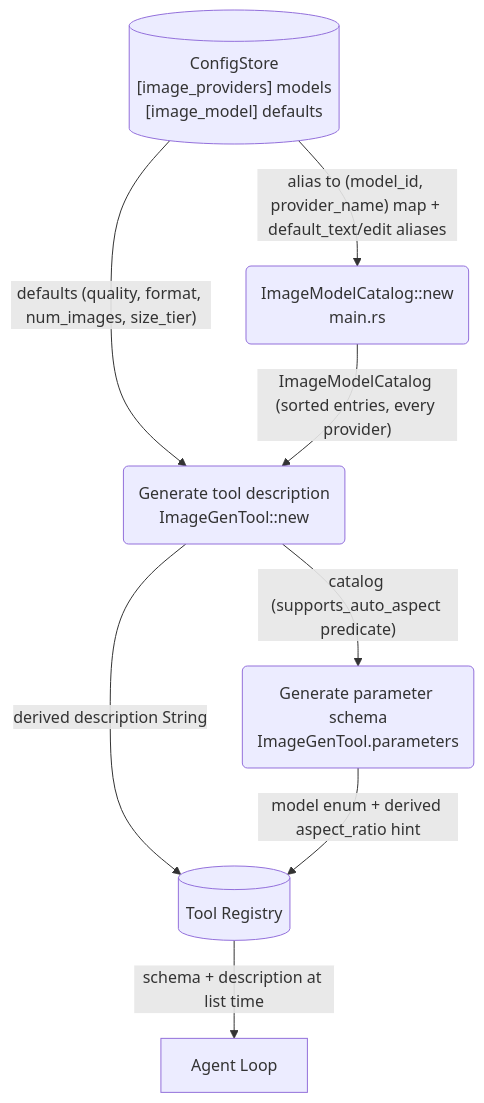
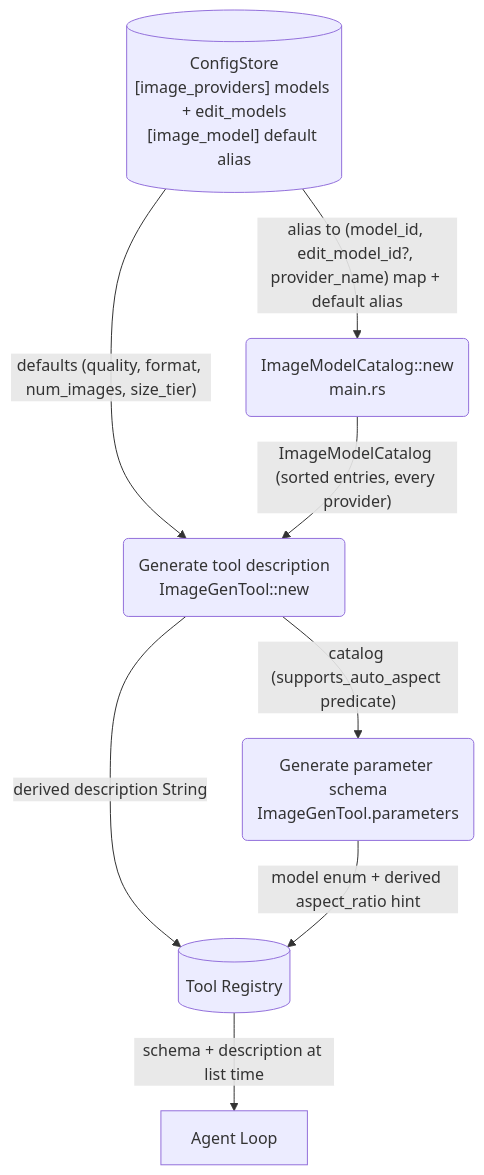
One commit to cosmoswafer/rockbot changed the diagram in _dfd/tools/image-gen/level-2/tool-description.md. Above: the diagram before and after it, drawn with Mermaid. The commit also changed other lines of this file and 19 other files, not shown here.

````diff
--- a/_dfd/tools/image-gen/level-2/tool-description.md
+++ b/_dfd/tools/image-gen/level-2/tool-description.md
@@ -14,17 +14,17 @@
 ```mermaid
 flowchart TD
-    CFG[("ConfigStore<br/>[image_providers] models<br/>[image_model] defaults")]
+    CFG[("ConfigStore<br/>[image_providers] models + edit_models<br/>[image_model] default alias")]
     BUILD(ImageModelCatalog::new<br/>main.rs)
     GEN_DESC(Generate tool description<br/>ImageGenTool::new)
     GEN_SCHEMA(Generate parameter schema<br/>ImageGenTool.parameters)
     REG[(Tool Registry)]
     LOOP[Agent Loop]
 
-    CFG -->|"alias to (model_id, provider_name) map + default_text/edit aliases"| BUILD
+    CFG -->|"alias to (model_id, edit_model_id?, provider_name) map + default alias"| BUILD
     CFG -->|"defaults (quality, format, num_images, size_tier)"| GEN_DESC
     BUILD -->|"ImageModelCatalog (sorted entries, every provider)"| GEN_DESC
     GEN_DESC -->|"derived description String"| REG
     GEN_DESC -->|"catalog (supports_auto_aspect predicate)"| GEN_SCHEMA
     GEN_SCHEMA -->|"model enum + derived aspect_ratio hint"| REG
     REG -->|"schema + description at list time"| LOOP
 ```
````
